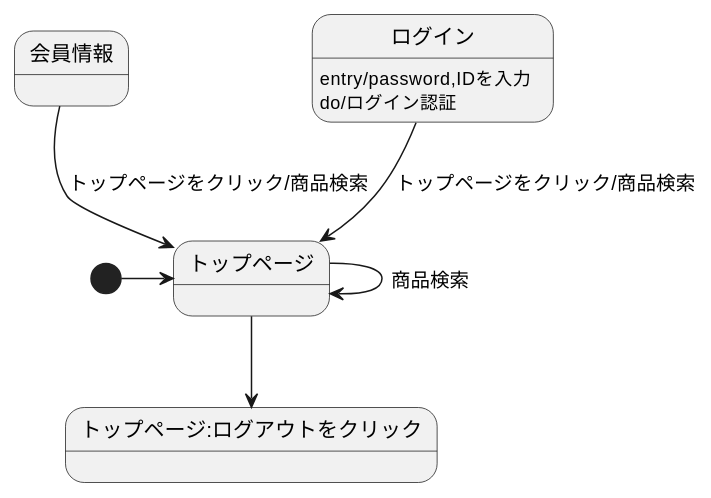
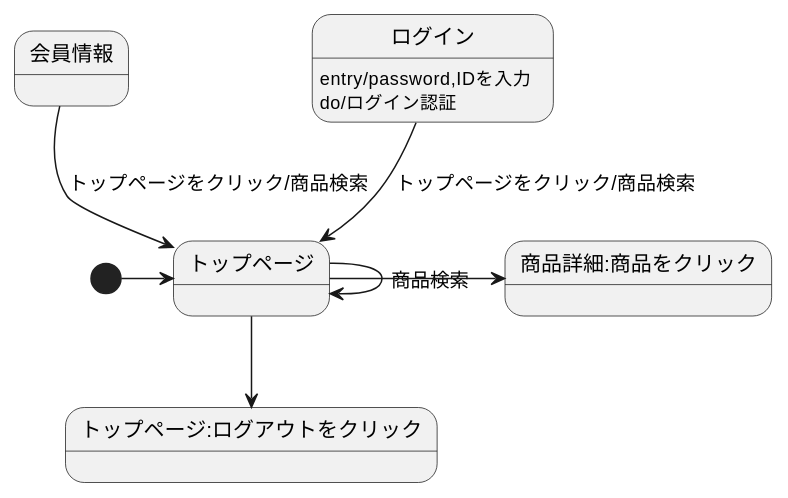
One commit to Aso2001388/2021sys-design changed the diagram in stm01.md. Above: the diagram before and after it, drawn with PlantUML.

````diff
--- a/stm01.md
+++ b/stm01.md
@@ -1,12 +1,13 @@
 ```uml
 @startuml
 [*]->トップページ
 会員情報-->トップページ:トップページをクリック/商品検索
 ログイン-->トップページ:トップページをクリック/商品検索
 ログイン: entry/password,IDを入力
 ログイン:do/ログイン認証
 トップページ-->トップページ:ログアウトをクリック
 トップページ->トップページ: 商品検索
+トップページ->商品詳細:商品をクリック
 
 @enduml
 ```
````
